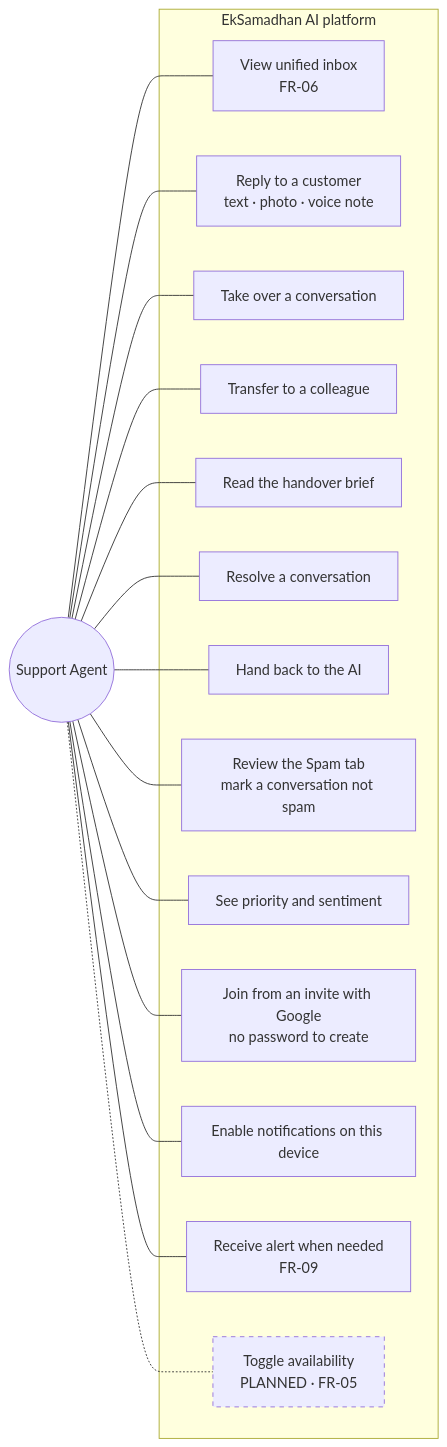
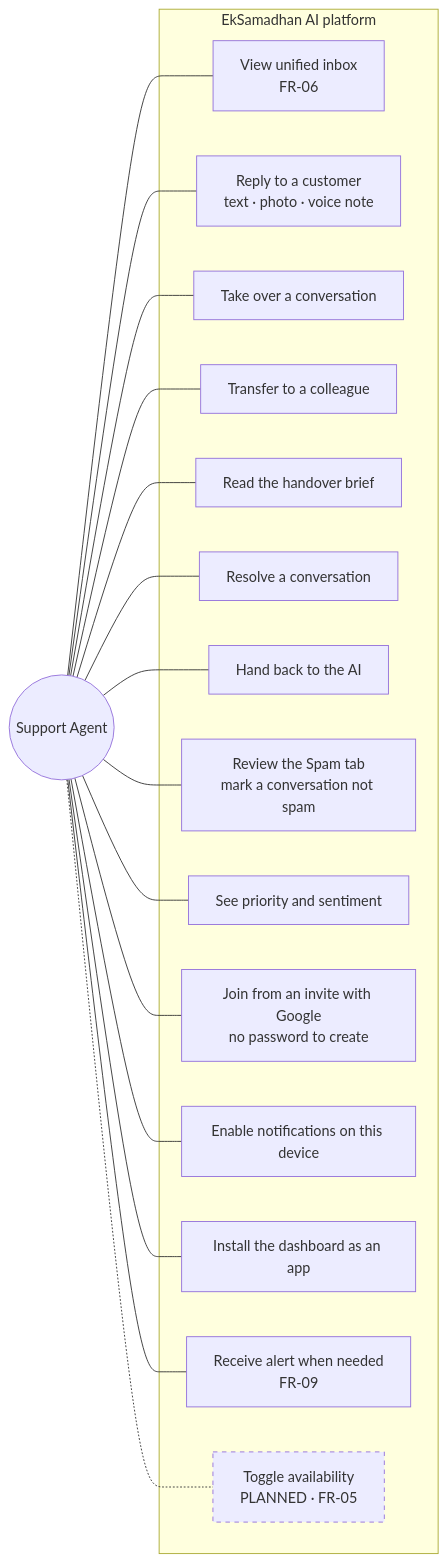
The second of 5 diagrams in docs/system-design/new-system-design/use-case/README.md (SayubShakya/eksamadhan-ai), drawn with Mermaid before and after one commit. The commit also changed 27 other files, not shown here.

Commit message:
feat: make the dashboard installable as a progressive web app

````diff
--- a/docs/system-design/new-system-design/use-case/README.md
+++ b/docs/system-design/new-system-design/use-case/README.md
@@ -47,33 +47,35 @@
 ```mermaid
 flowchart LR
     agent(("Support Agent"))
     subgraph s2["EkSamadhan AI platform"]
         b1["View unified inbox<br/>FR-06"]
         b2["Reply to a customer<br/>text · photo · voice note"]
         b3["Take over a conversation"]
         b4["Transfer to a colleague"]
         b5["Read the handover brief"]
         b6["Resolve a conversation"]
         b10["Hand back to the AI"]
         b11["Review the Spam tab<br/>mark a conversation not spam"]
         b12["See priority and sentiment"]
         b13["Join from an invite with Google<br/>no password to create"]
         b7["Enable notifications on this device"]
+        b14["Install the dashboard as an app"]
         b8["Receive alert when needed<br/>FR-09"]
         b9["Toggle availability<br/>PLANNED · FR-05"]
     end
     agent --- b1
     agent --- b2
     agent --- b3
     agent --- b4
     agent --- b5
     agent --- b6
     agent --- b10
     agent --- b11
     agent --- b12
     agent --- b13
     agent --- b7
+    agent --- b14
     agent --- b8
     agent -.- b9
     style b9 stroke-dasharray: 5 5
 ```
````
